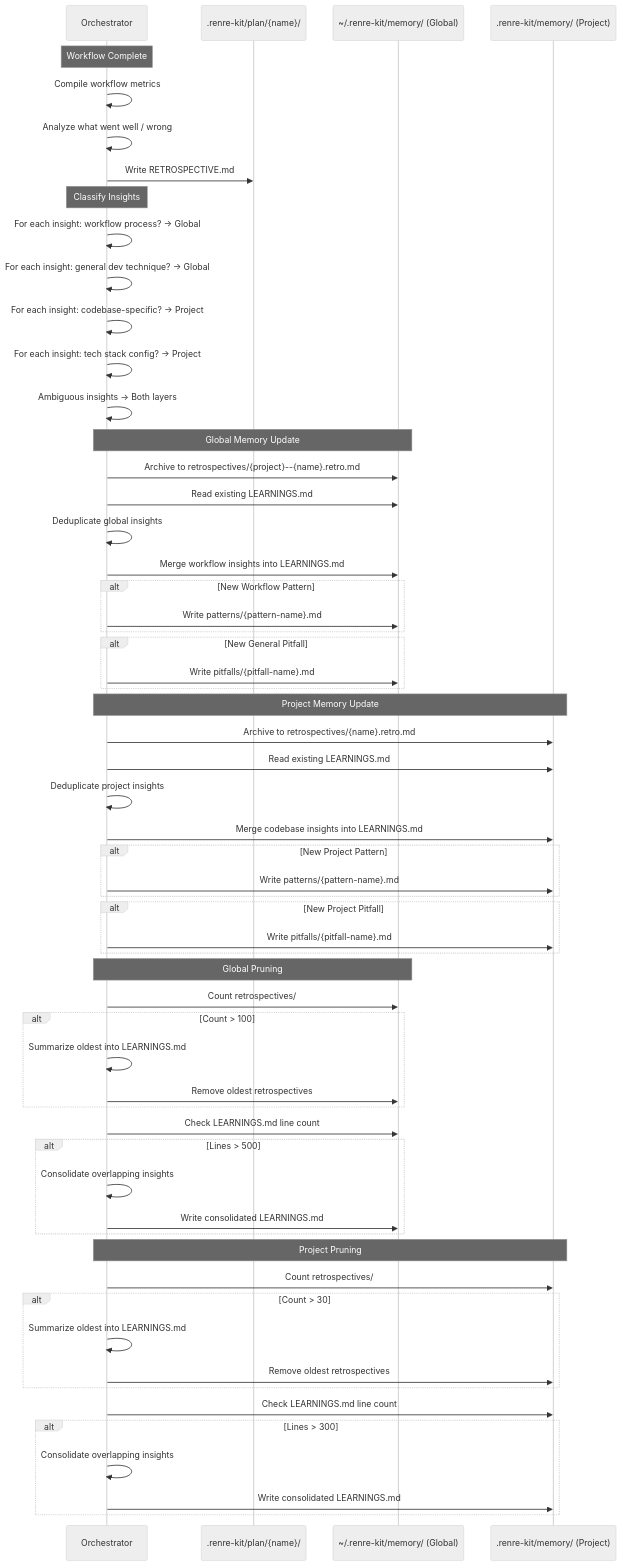
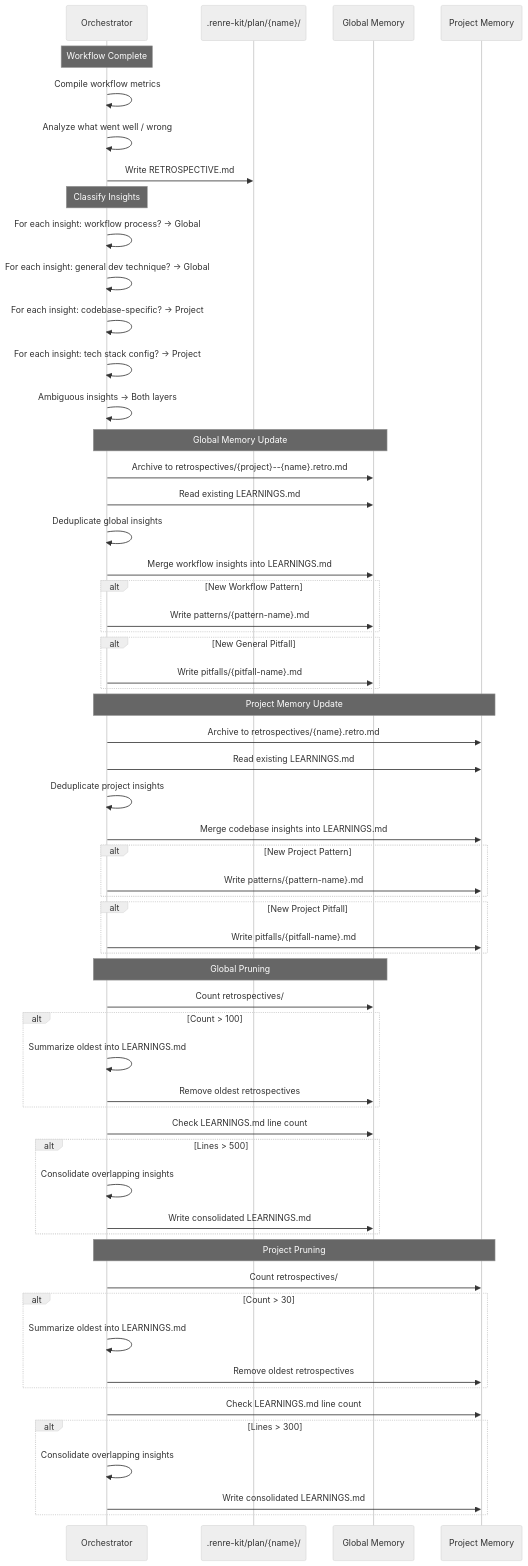
Before and after one commit to eskarlat/rex: the sixth of 6 diagrams in renre-kit-architecture/diagrams/developer-workflow-seq.md, drawn with Mermaid (neutral theme). The commit also changed other lines of this file and 2 other files, not shown here.

First line of the commit message:
docs: namespace memory paths under extension storage

````diff
--- a/renre-kit-architecture/diagrams/developer-workflow-seq.md
+++ b/renre-kit-architecture/diagrams/developer-workflow-seq.md
@@ -313,71 +313,71 @@
 ```mermaid
 sequenceDiagram
     participant O as Orchestrator
     participant FS as .renre-kit/plan/{name}/
-    participant GM as ~/.renre-kit/memory/ (Global)
-    participant PM as .renre-kit/memory/ (Project)
+    participant GM as Global Memory
+    participant PM as Project Memory
 
     Note over O: Workflow Complete
     O->>O: Compile workflow metrics
     O->>O: Analyze what went well / wrong
     O->>FS: Write RETROSPECTIVE.md
 
     Note over O: Classify Insights
     O->>O: For each insight: workflow process? → Global
     O->>O: For each insight: general dev technique? → Global
     O->>O: For each insight: codebase-specific? → Project
     O->>O: For each insight: tech stack config? → Project
     O->>O: Ambiguous insights → Both layers
 
     Note over O,GM: Global Memory Update
     O->>GM: Archive to retrospectives/{project}--{name}.retro.md
     O->>GM: Read existing LEARNINGS.md
     O->>O: Deduplicate global insights
     O->>GM: Merge workflow insights into LEARNINGS.md
 
     alt New Workflow Pattern
         O->>GM: Write patterns/{pattern-name}.md
     end
 
     alt New General Pitfall
         O->>GM: Write pitfalls/{pitfall-name}.md
     end
 
     Note over O,PM: Project Memory Update
     O->>PM: Archive to retrospectives/{name}.retro.md
     O->>PM: Read existing LEARNINGS.md
     O->>O: Deduplicate project insights
     O->>PM: Merge codebase insights into LEARNINGS.md
 
     alt New Project Pattern
         O->>PM: Write patterns/{pattern-name}.md
     end
 
     alt New Project Pitfall
         O->>PM: Write pitfalls/{pitfall-name}.md
     end
 
     Note over O,GM: Global Pruning
     O->>GM: Count retrospectives/
     alt Count > 100
         O->>O: Summarize oldest into LEARNINGS.md
         O->>GM: Remove oldest retrospectives
     end
     O->>GM: Check LEARNINGS.md line count
     alt Lines > 500
         O->>O: Consolidate overlapping insights
         O->>GM: Write consolidated LEARNINGS.md
     end
 
     Note over O,PM: Project Pruning
     O->>PM: Count retrospectives/
     alt Count > 30
         O->>O: Summarize oldest into LEARNINGS.md
         O->>PM: Remove oldest retrospectives
     end
     O->>PM: Check LEARNINGS.md line count
     alt Lines > 300
         O->>O: Consolidate overlapping insights
         O->>PM: Write consolidated LEARNINGS.md
     end
 ```
````
